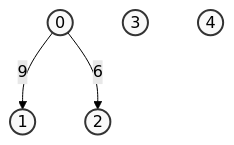
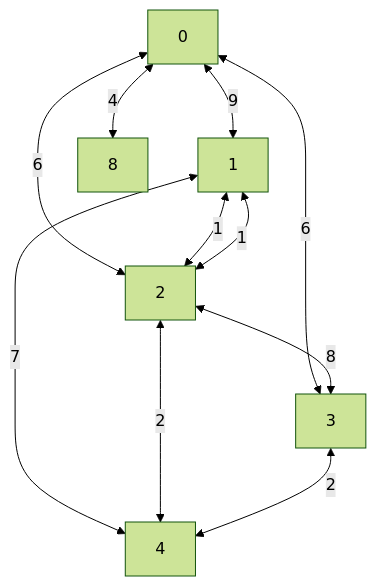
The first of 3 diagrams in graph-converter/README.md (jungbail/Labs), drawn with Mermaid (forest theme) before and after one commit.

Commit message:
updated adj matrix flowchart

````diff
--- a/graph-converter/README.md
+++ b/graph-converter/README.md
@@ -33,12 +33,17 @@
 ```mermaid
 flowchart TD
-   0(("0"))
-   1(("1"))
-   2(("2"))
-   3(("3"))
-   4(("4"))
+   0 <-- 9 --> 1 
+   0 <-- 6 --> 2
+   0 <-- 6 --> 3
+   0 <-- 4 --> 8
+   1 <-- 1 --> 2
+   1 <-- 7 --> 4
+   2 <-- 1 --> 1
+   2 <-- 8 --> 3
+   2 <-- 2 --> 4
+   3 <-- 2 --> 4
 
-   0 -->|9| 1
-   0 -->|6| 2  
-   classDef default fill:#f9f9f9,stroke:#333,stroke-width:2px;
+
+
+   
 ```
````
